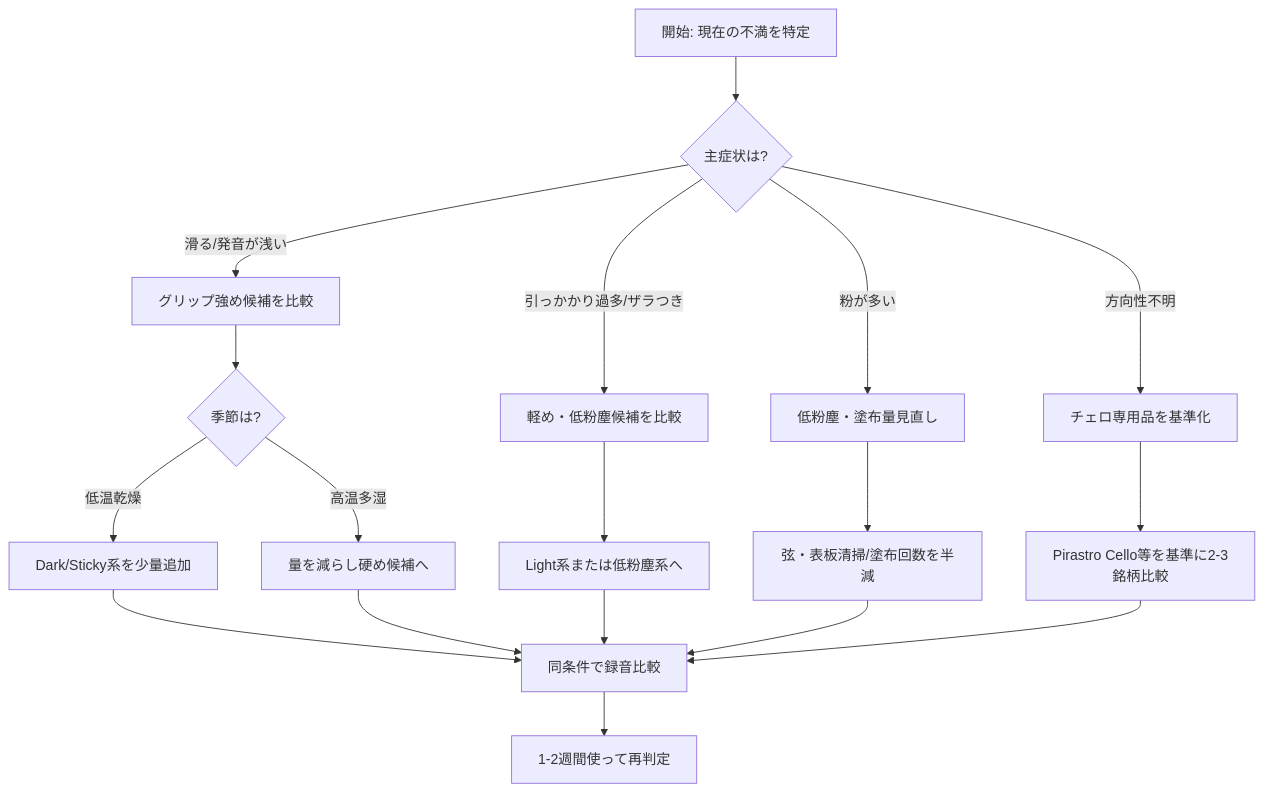
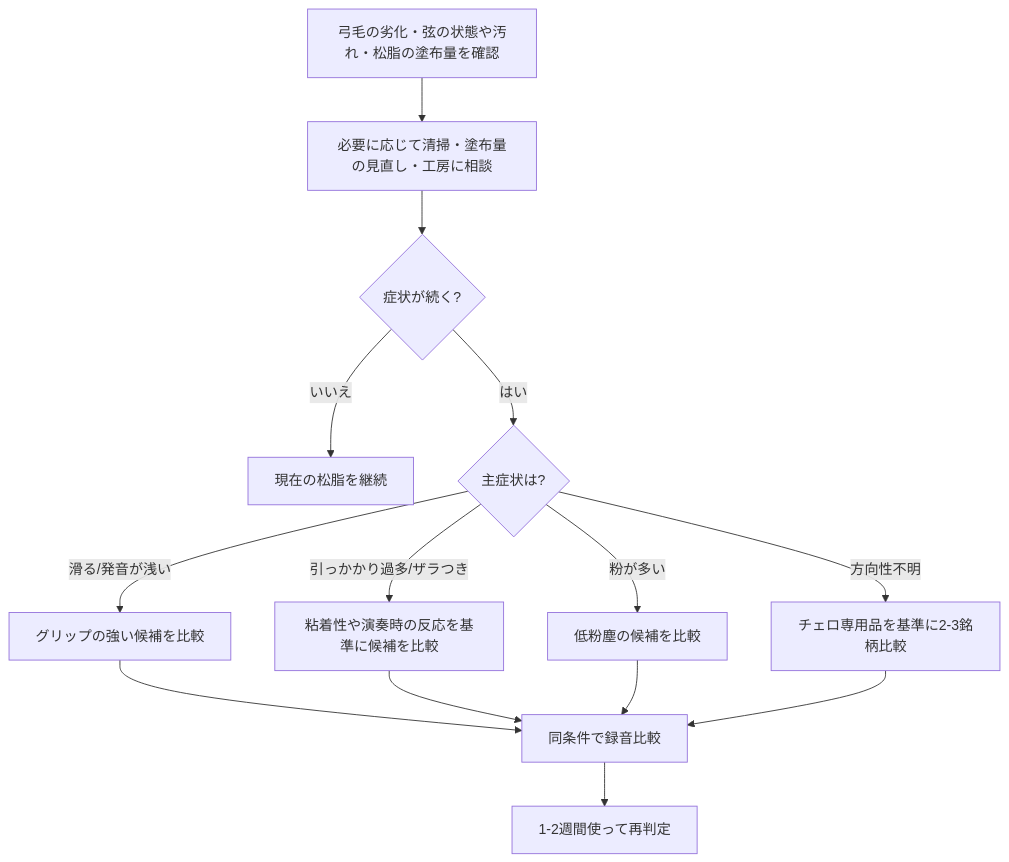
One commit to arscombinatoria/cello-parts-log changed the diagram in docs/rosin/major-rosins.md. Above: the diagram before and after it, drawn with Mermaid.

Commit message:
docs: improve cello rosin selection flow (#466)

````diff
--- a/docs/rosin/major-rosins.md
+++ b/docs/rosin/major-rosins.md
@@ -44,23 +44,16 @@
 ```mermaid
 flowchart TD
-  A[開始: 現在の不満を特定] --> B{主症状は?}
-  B -->|滑る/発音が浅い| C[グリップ強め候補を比較]
-  B -->|引っかかり過多/ザラつき| D[軽め・低粉塵候補を比較]
-  B -->|粉が多い| E[低粉塵・塗布量見直し]
-  B -->|方向性不明| F[チェロ専用品を基準化]
-
-  C --> G{季節は?}
-  G -->|低温乾燥| H[Dark/Sticky系を少量追加]
-  G -->|高温多湿| I[量を減らし硬め候補へ]
-
-  D --> J[Light系または低粉塵系へ]
-  E --> K[弦・表板清掃/塗布回数を半減]
-  F --> L[Pirastro Cello等を基準に2-3銘柄比較]
-
-  H --> M[同条件で録音比較]
-  I --> M
-  J --> M
-  K --> M
-  L --> M
-  M --> N[1-2週間使って再判定]
+  A[弓毛の劣化・弦の状態や汚れ・松脂の塗布量を確認] --> B[必要に応じて清掃・塗布量の見直し・工房に相談]
+  B --> C{症状が続く?}
+  C -->|いいえ| D[現在の松脂を継続]
+  C -->|はい| E{主症状は?}
+  E -->|滑る/発音が浅い| F[グリップの強い候補を比較]
+  E -->|引っかかり過多/ザラつき| G[粘着性や演奏時の反応を基準に候補を比較]
+  E -->|粉が多い| H[低粉塵の候補を比較]
+  E -->|方向性不明| I[チェロ専用品を基準に2-3銘柄比較]
+  F --> J[同条件で録音比較]
+  G --> J
+  H --> J
+  I --> J
+  J --> K[1-2週間使って再判定]
 ```
````
